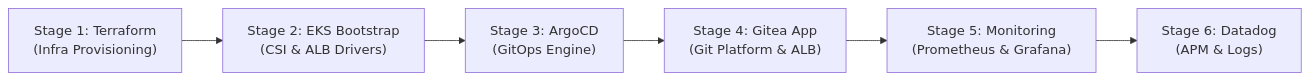
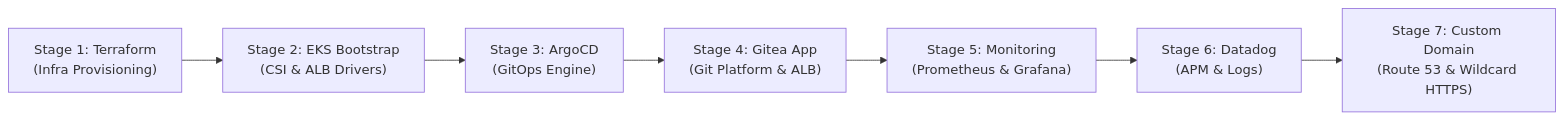
Before and after one commit to ariphmohd/gitea-platform: the fourth of 4 diagrams in README.md, drawn with Mermaid. The commit also changed other lines of this file, not shown here.

Commit message:
README.md updated with custom domain features

````diff
--- a/README.md
+++ b/README.md
@@ -261,8 +302,9 @@
 ```mermaid
 flowchart LR
     S1["Stage 1: Terraform\n(Infra Provisioning)"] --> S2["Stage 2: EKS Bootstrap\n(CSI & ALB Drivers)"]
     S2 --> S3["Stage 3: ArgoCD\n(GitOps Engine)"]
     S3 --> S4["Stage 4: Gitea App\n(Git Platform & ALB)"]
     S4 --> S5["Stage 5: Monitoring\n(Prometheus & Grafana)"]
     S5 --> S6["Stage 6: Datadog\n(APM & Logs)"]
+    S6 --> S7["Stage 7: Custom Domain\n(Route 53 & Wildcard HTTPS)"]
 ```
````
